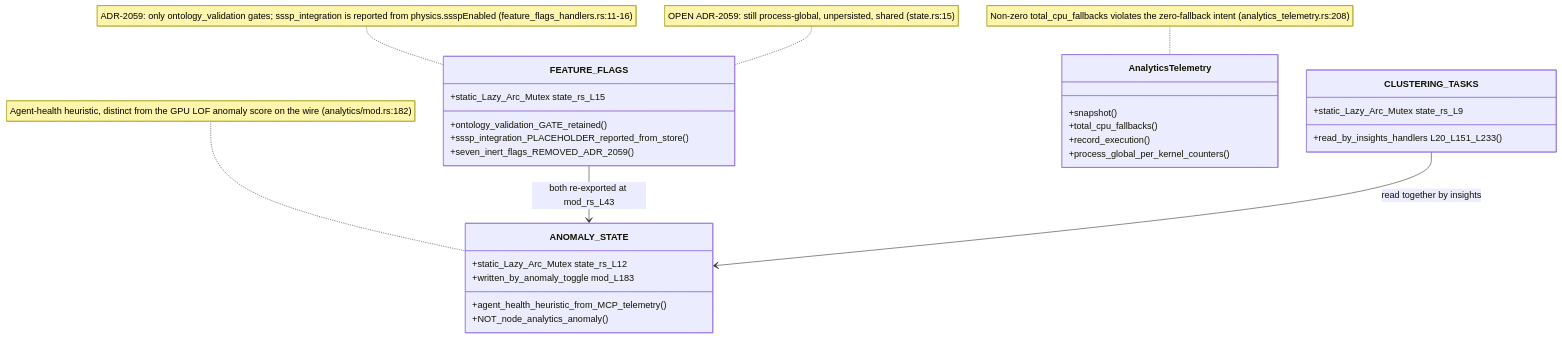
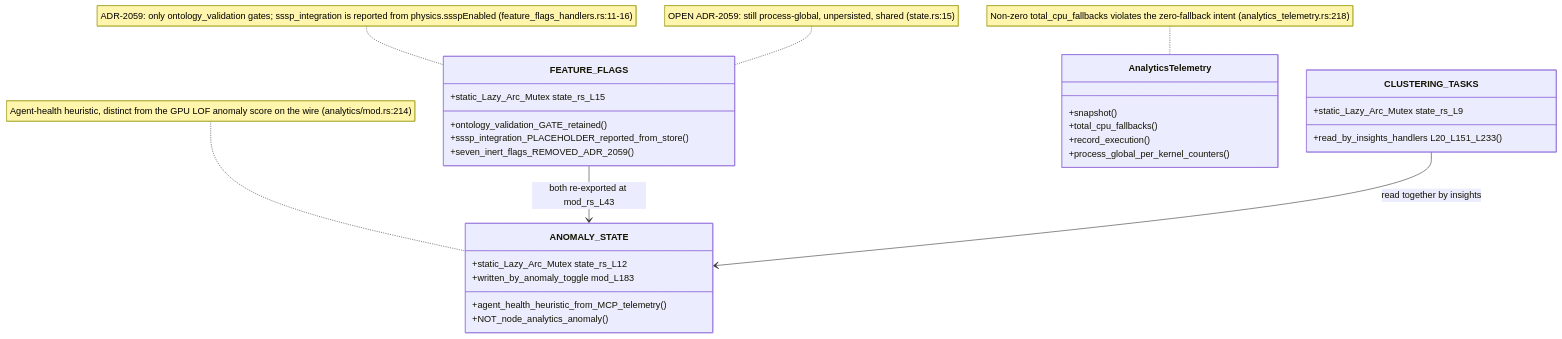
One commit to DreamLab-AI/VisionFlow changed the ninth of 10 diagrams in docs/diagrams/visionclaw/18-analytics-support-handlers.md. Above: the diagram before and after it, drawn with Mermaid. The commit also changed other lines of this file and 56 other files, not shown here.

First line of the commit message:
docs(diagrams): re-verify VisionClaw topics at ec785afa9, add VC-19/56/57 and the VisionClaw register

````diff
--- a/docs/diagrams/visionclaw/18-analytics-support-handlers.md
+++ b/docs/diagrams/visionclaw/18-analytics-support-handlers.md
@@ -329,32 +337,32 @@
 ```mermaid
 classDiagram
     class FEATURE_FLAGS {
         +static_Lazy_Arc_Mutex state_rs_L15
         +ontology_validation_GATE_retained()
         +sssp_integration_PLACEHOLDER_reported_from_store()
         +seven_inert_flags_REMOVED_ADR_2059()
     }
     class ANOMALY_STATE {
         +static_Lazy_Arc_Mutex state_rs_L12
         +agent_health_heuristic_from_MCP_telemetry()
         +written_by_anomaly_toggle mod_L183
         +NOT_node_analytics_anomaly()
     }
     class CLUSTERING_TASKS {
         +static_Lazy_Arc_Mutex state_rs_L9
         +read_by_insights_handlers L20_L151_L233()
     }
     class AnalyticsTelemetry {
         +snapshot()
         +total_cpu_fallbacks()
         +record_execution()
         +process_global_per_kernel_counters()
     }
     FEATURE_FLAGS --> ANOMALY_STATE : both re-exported at mod_rs_L43
     CLUSTERING_TASKS --> ANOMALY_STATE : read together by insights
 
     note for FEATURE_FLAGS "ADR-2059: only ontology_validation gates; sssp_integration is reported from physics.ssspEnabled (feature_flags_handlers.rs:11-16)"
     note for FEATURE_FLAGS "OPEN ADR-2059: still process-global, unpersisted, shared (state.rs:15)"
-    note for ANOMALY_STATE "Agent-health heuristic, distinct from the GPU LOF anomaly score on the wire (analytics/mod.rs:182)"
-    note for AnalyticsTelemetry "Non-zero total_cpu_fallbacks violates the zero-fallback intent (analytics_telemetry.rs:208)"
+    note for ANOMALY_STATE "Agent-health heuristic, distinct from the GPU LOF anomaly score on the wire (analytics/mod.rs:214)"
+    note for AnalyticsTelemetry "Non-zero total_cpu_fallbacks violates the zero-fallback intent (analytics_telemetry.rs:218)"
 ```
````
